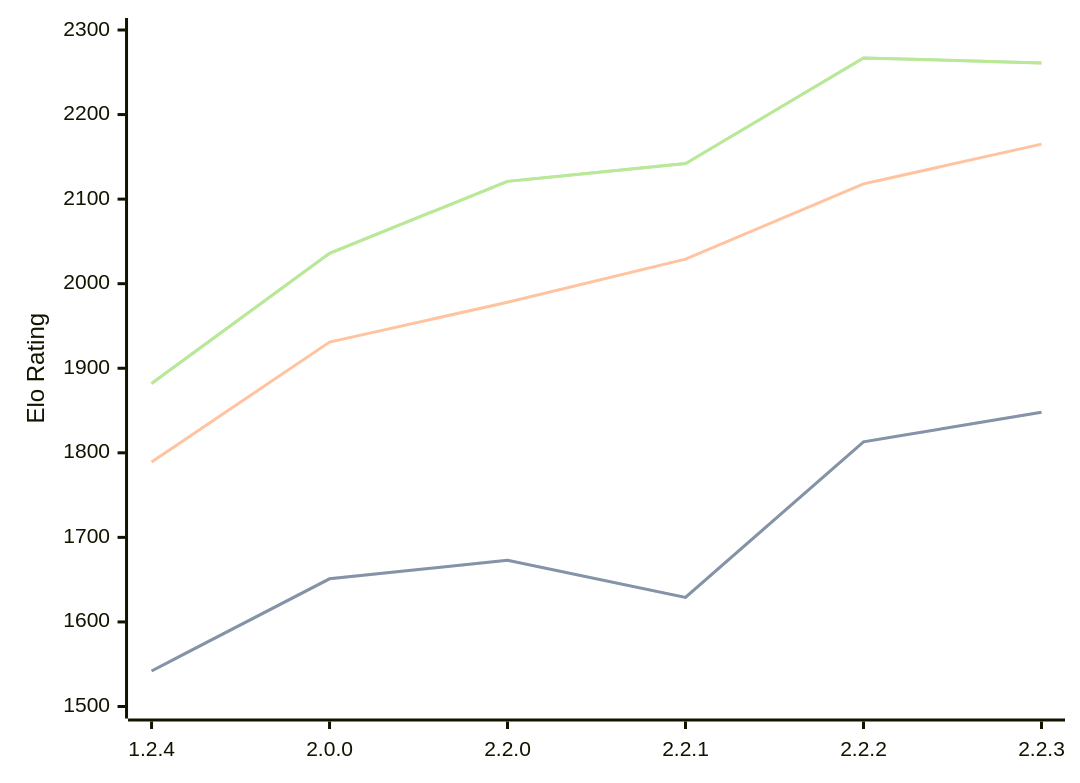
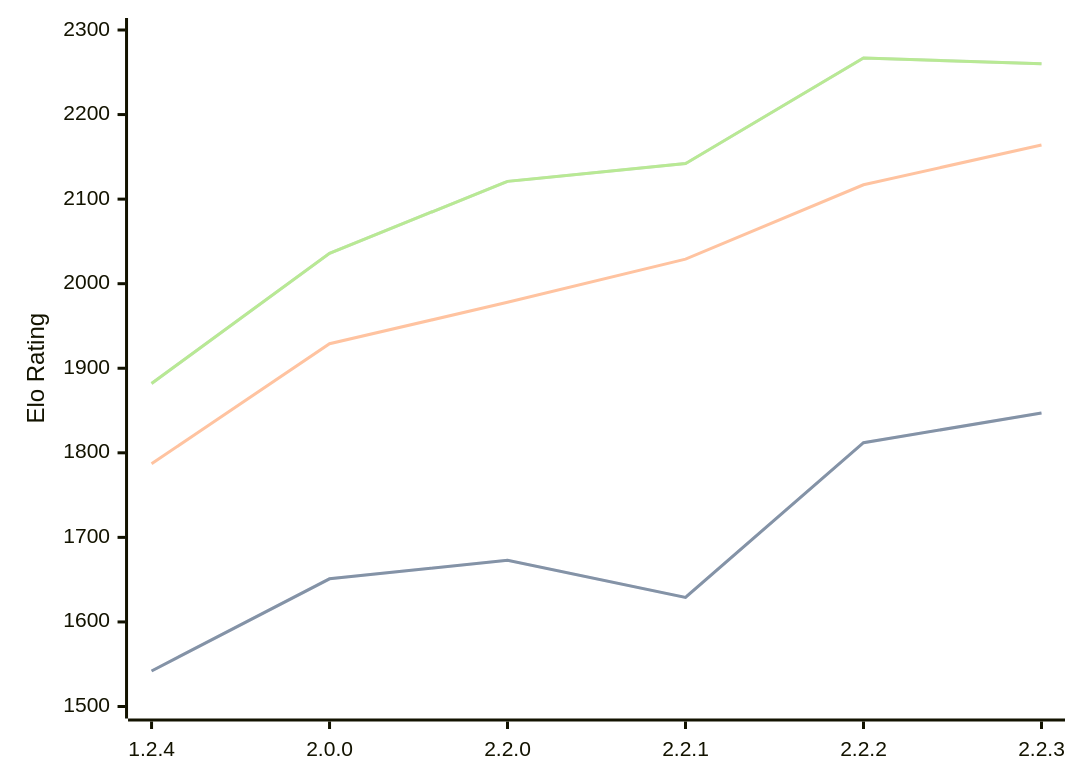
Before and after one commit to computer-chess-index/cci: the diagram in engines/Kreveta.md, drawn with Mermaid. The commit also changed other lines of this file, not shown here.

Commit message:
Update CCI Ratings (ELO VLTC) - 2026-03-01

````diff
--- a/engines/Kreveta.md
+++ b/engines/Kreveta.md
@@ -37,11 +37,11 @@
 ```mermaid
 %%{init: {"theme":"base","themeVariables":{"seriesColors:['#a3a3a3','#222221','#faa371']}}}%%
 xychart-beta
   x-axis ["1.2.4", "2.0.0", "2.2.0", "2.2.1", "2.2.2", "2.2.3"]
   y-axis "Elo Rating" 1500 --> 2300
-  line "STC (8.0+0.08s)" [1542, 1651, 1673, 1629, 1813, 1848]
-  line "STC (8.0+0.08s)" [1542, 1651, 1673, 1629, 1813, 1848]
-  line "LTC (60.0+0.60s)" [1789, 1931, 1978, 2029, 2118, 2165]
-  line "VLTC (2m24s+1.12s)" [1882, 2036, 2121, 2142, 2267, 2261]
-  line "VLTC (2m24s+1.12s)" [1882, 2036, 2121, 2142, 2267, 2261]
+  line "STC (8.0+0.08s)" [1542, 1651, 1673, 1629, 1812, 1847]
+  line "STC (8.0+0.08s)" [1542, 1651, 1673, 1629, 1812, 1847]
+  line "LTC (60.0+0.60s)" [1787, 1929, 1978, 2029, 2117, 2164]
+  line "VLTC (2m24s+1.12s)" [1882, 2036, 2121, 2142, 2267, 2260]
+  line "VLTC (2m24s+1.12s)" [1882, 2036, 2121, 2142, 2267, 2260]
 ```
````
